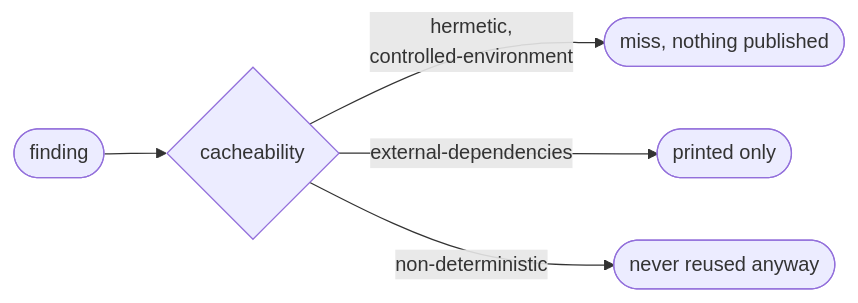
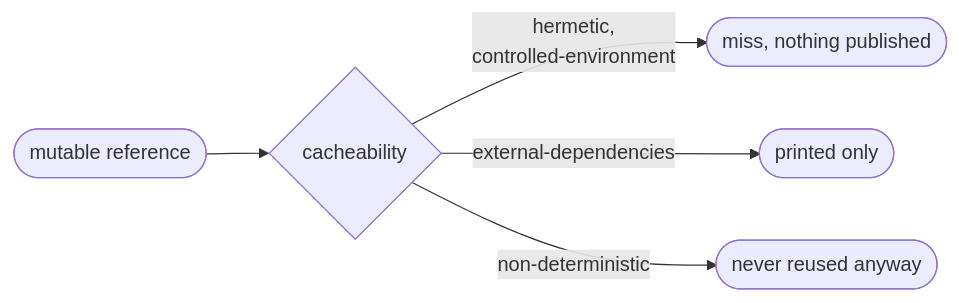
Before and after one commit to TrianaLab/aval: the diagram in docs/pinning.md, drawn with Mermaid. The commit also changed other lines of this file and 151 other files, not shown here.

````diff
--- a/docs/pinning.md
+++ b/docs/pinning.md
@@ -20,7 +5,7 @@
 ```mermaid
 flowchart LR
-  f([finding]) --> c{cacheability}
+  f([mutable reference]) --> c{cacheability}
   c -- "hermetic,<br>controlled-environment" --> m([miss, nothing published]):::muted
   c -- external-dependencies --> p([printed only])
   c -- non-deterministic --> n([never reused anyway])
 ```
````
